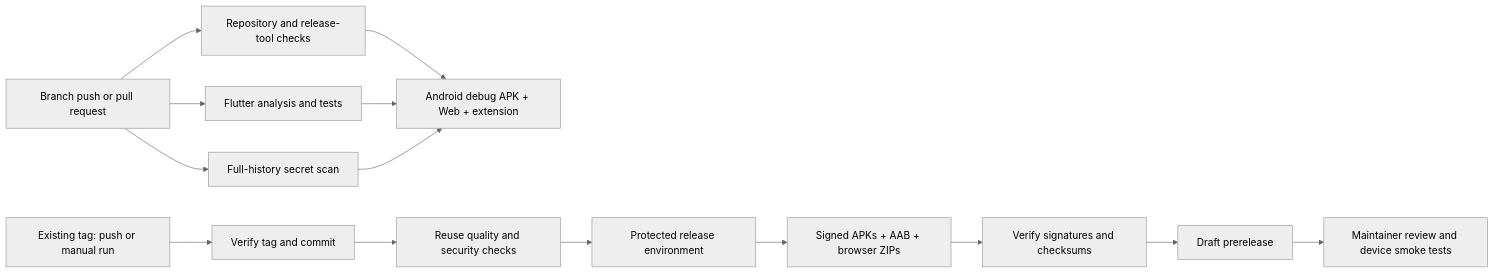
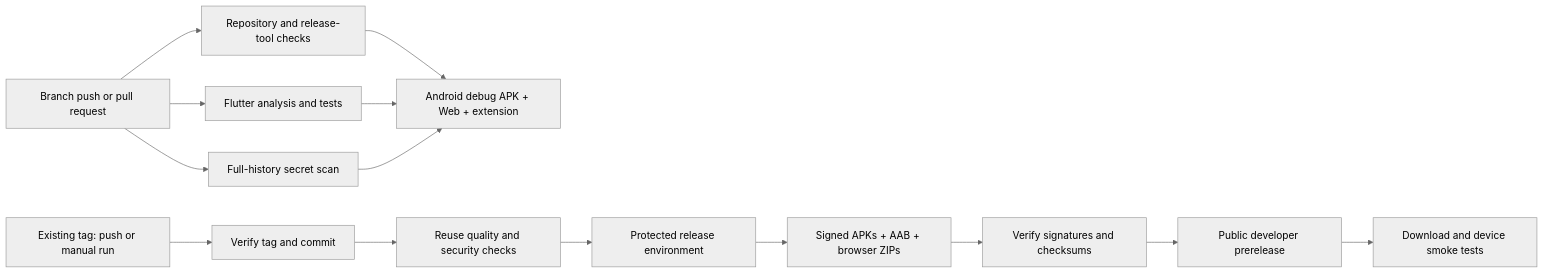
One commit to JunWeiUp/PasswordVault changed the diagram in docs/RELEASING.md. Above: the diagram before and after it, drawn with Mermaid (neutral theme). The commit also changed other lines of this file and 7 other files, not shown here.

````diff
--- a/docs/RELEASING.md
+++ b/docs/RELEASING.md
@@ -7,16 +7,16 @@
 ```mermaid
 flowchart LR
   A[Branch push or pull request] --> B[Repository and release-tool checks]
   A --> C[Flutter analysis and tests]
   A --> D[Full-history secret scan]
   B --> E[Android debug APK + Web + extension]
   C --> E
   D --> E
   F[Existing tag: push or manual run] --> G[Verify tag and commit]
   G --> H[Reuse quality and security checks]
   H --> I[Protected release environment]
   I --> J[Signed APKs + AAB + browser ZIPs]
   J --> K[Verify signatures and checksums]
-  K --> L[Draft prerelease]
-  L --> M[Maintainer review and device smoke tests]
+  K --> L[Public developer prerelease]
+  L --> M[Download and device smoke tests]
 ```
````
